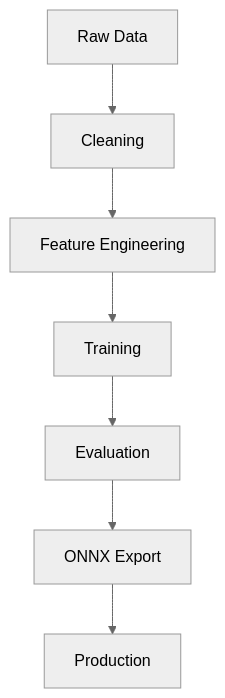
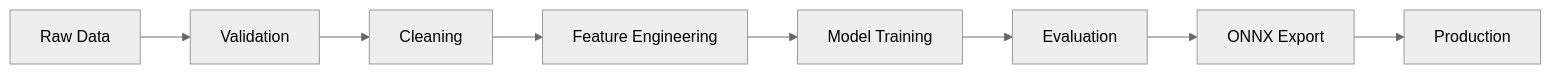
The third of 4 diagrams in README.md (sai-ganesh-4539/StatVault), drawn with Mermaid (neutral theme) before and after one commit. The commit also changed other lines of this file, not shown here.

````diff
--- a/README.md
+++ b/README.md
@@ -135,17 +140,24 @@
 ```mermaid
-flowchart TB
+flowchart LR
 
 RAW[Raw Data]
+--> VALIDATE[Validation]
 
-RAW --> CLEAN[Cleaning]
+VALIDATE
+--> CLEAN[Cleaning]
 
-CLEAN --> FE[Feature Engineering]
+CLEAN
+--> FEATURES[Feature Engineering]
 
-FE --> TRAIN[Training]
+FEATURES
+--> TRAIN[Model Training]
 
-TRAIN --> EVAL[Evaluation]
+TRAIN
+--> EVAL[Evaluation]
 
-EVAL --> EXPORT[ONNX Export]
+EVAL
+--> EXPORT[ONNX Export]
 
-EXPORT --> PROD[Production]
+EXPORT
+--> DEPLOY[Production]
 ```
````
